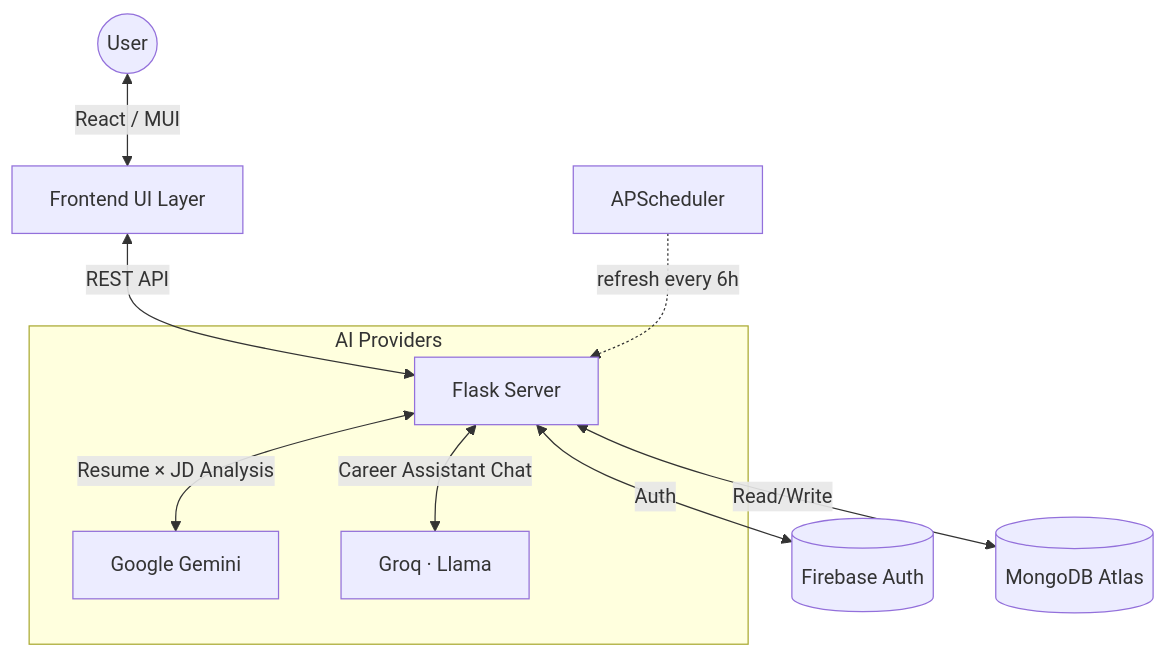
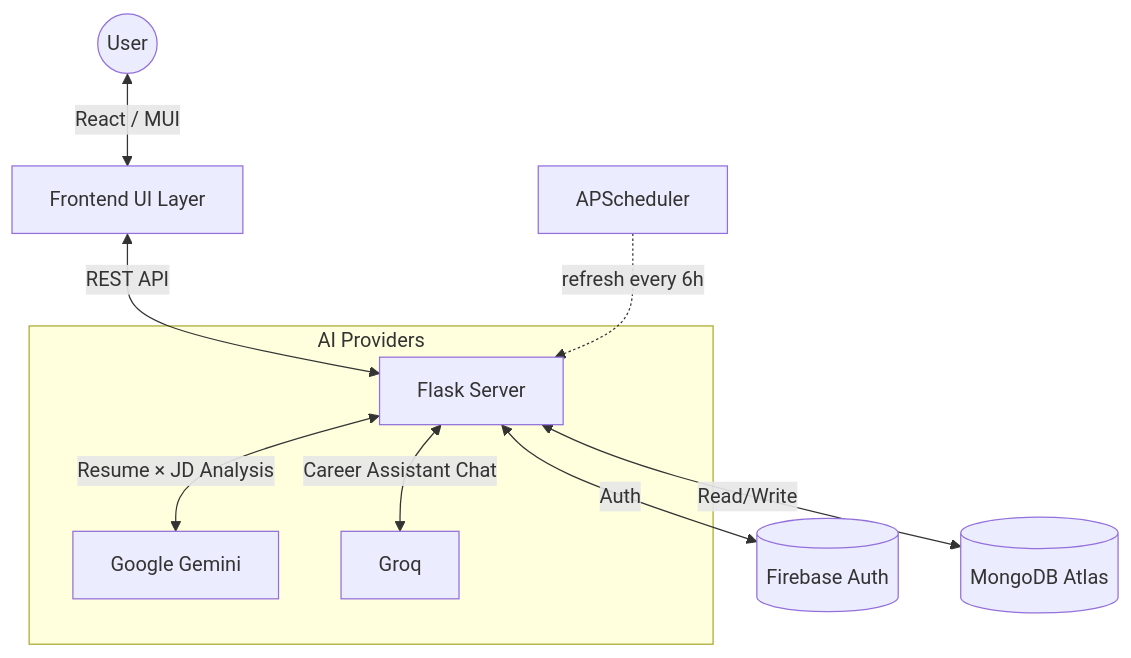
Before and after one commit to AnujUpadhayay07/ResumeIQ-AI-Powered-Resume-Optimizer-Job-Match-Assistant: the first of 3 diagrams in README.md, drawn with Mermaid. The commit also changed other lines of this file, not shown here.

````diff
--- a/README.md
+++ b/README.md
@@ -103,12 +123,12 @@
 ```mermaid
 graph TD
     User((User)) <--> |React / MUI| Frontend[Frontend UI Layer]
     Frontend <--> |REST API| Backend[Flask Server]
     subgraph AI["AI Providers"]
     Backend <--> |Resume × JD Analysis| Gemini[Google Gemini]
-    Backend <--> |Career Assistant Chat| Groq[Groq · Llama]
+    Backend <--> |Career Assistant Chat| Groq[Groq]
     end
     Backend <--> |Auth| Firebase[(Firebase Auth)]
     Backend <--> |Read/Write| DB[(MongoDB Atlas)]
     Scheduler[APScheduler] -.->|refresh every 6h| Backend
 ```
````
